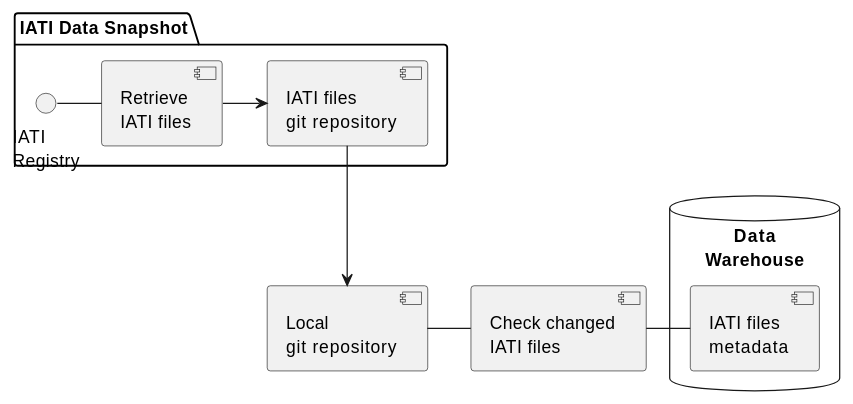
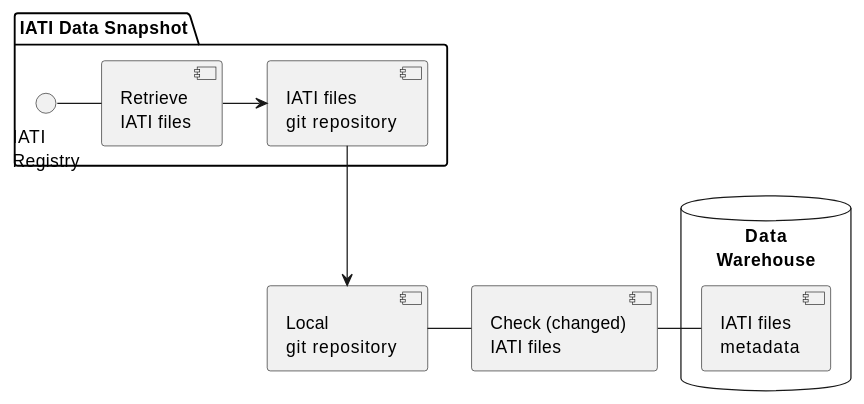
One commit to Nivocer/pdi.iati changed the first of 4 diagrams in doc/source/iati_files.rst. Above: the diagram before and after it, drawn with PlantUML. The commit also changed other lines of this file and 2 other files, not shown here.

First line of the commit message:
Updated handling IATI files:

```diff
--- a/doc/source/iati_files.rst
+++ b/doc/source/iati_files.rst
@@ -14,24 +14,24 @@
 .. uml::
    @startuml
 
    package "IATI Data Snapshot" {
       interface "IATI\nRegistry" as reg
       [Retrieve\nIATI files] as getfiles
       [IATI files\ngit repository] as repo
       
       reg - getfiles
       getfiles -> repo
    }
    
    [Local\ngit repository] as clone
    repo --> clone
 
-   [Check changed\nIATI files] as queue
+   [Check (changed)\nIATI files] as queue
    database "Data\nWarehouse" as dw {
       [IATI files\nmetadata] as files_table
    }
    
    clone - queue
    queue - files_table
 
    @enduml
```
